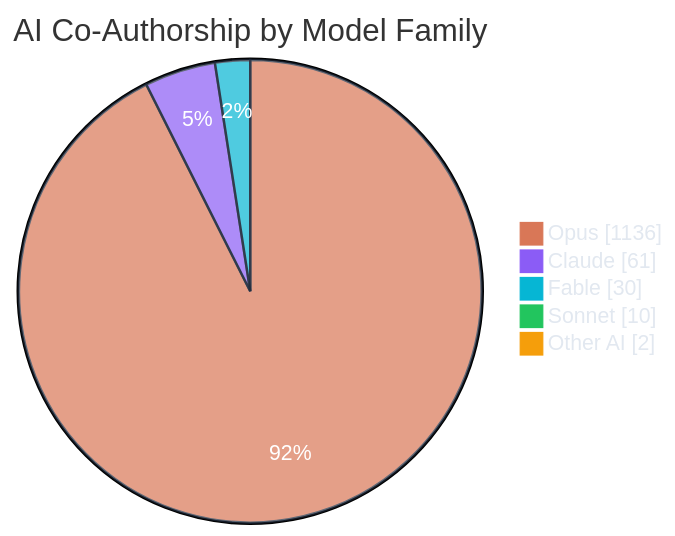
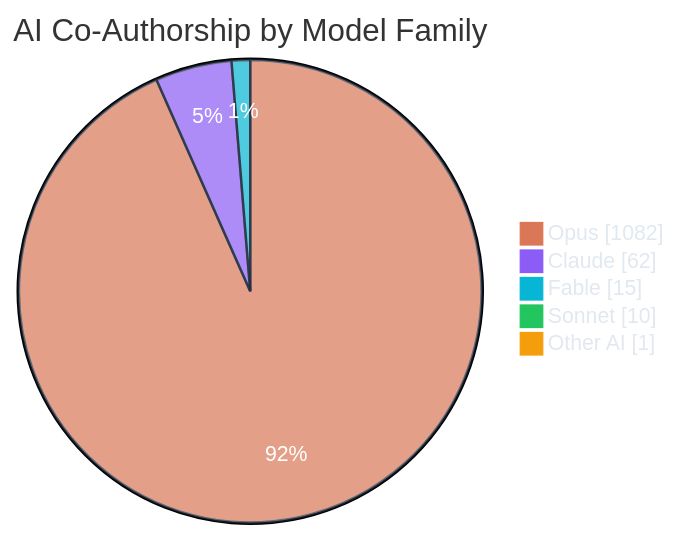
One commit to polo-nyan/polo-nyan changed the third of 7 diagrams in README.md. Above: the diagram before and after it, drawn with Mermaid. The commit also changed other lines of this file and 1 other file, not shown here.

````diff
--- a/README.md
+++ b/README.md
@@ -279,10 +279,10 @@
 ```mermaid
 %%{init: {"theme": "base", "themeVariables": { "pie1": "#d97757", "pie2": "#8b5cf6", "pie3": "#06b6d4", "pie4": "#22c55e", "pie5": "#f59e0b", "pie6": "#ec4899", "pieTextColor": "#ffffff", "pieLegendTextColor": "#e2e8f0", "pieSectionTextColor": "#ffffff", "pieStrokeColor": "#1e293b" }}}%%
 pie showData
     title AI Co-Authorship by Model Family
-    "Opus" : 1136
-    "Claude" : 61
-    "Fable" : 30
+    "Opus" : 1082
+    "Claude" : 62
+    "Fable" : 15
     "Sonnet" : 10
-    "Other AI" : 2
+    "Other AI" : 1
 ```
````
